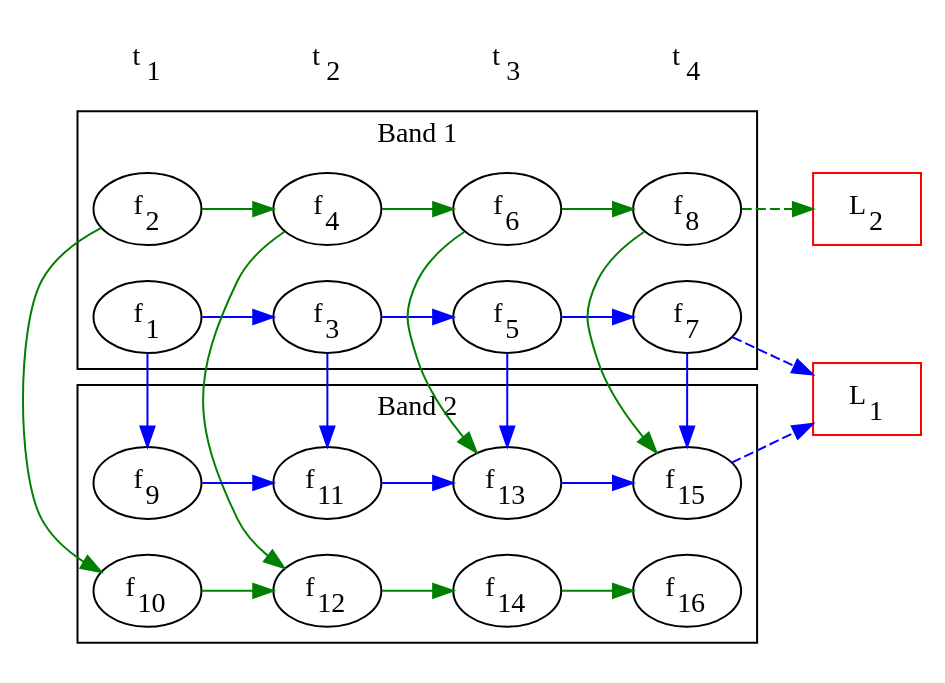
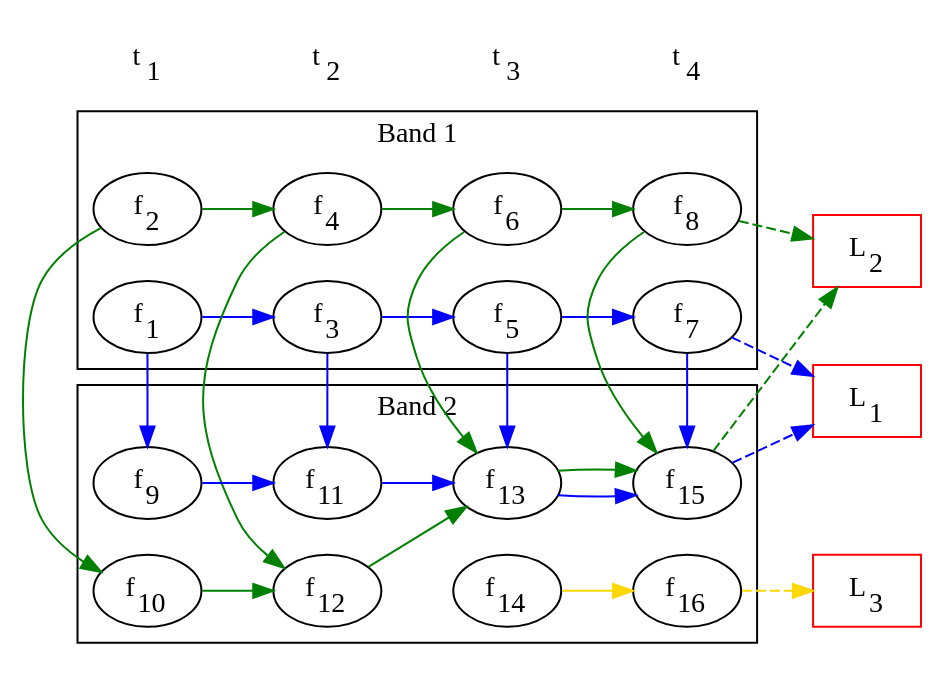
Before and after one commit to transientskp/tkp: the diagram in documentation/source/database/assoc/many2one.crossband.dot, drawn with Graphviz. The commit also changed 3 other files, not shown here.

```diff
--- a/documentation/source/database/assoc/many2one.crossband.dot
+++ b/documentation/source/database/assoc/many2one.crossband.dot
@@ -1,58 +1,63 @@
 digraph many2one {
     rankdir=LR;
     f1 [label=<f<SUB>1</SUB>>];
     f2 [label=<f<SUB>2</SUB>>];
     f3 [label=<f<SUB>3</SUB>>];
     f4 [label=<f<SUB>4</SUB>>];
     f5 [label=<f<SUB>5</SUB>>];
     f6 [label=<f<SUB>6</SUB>>];
     f7 [label=<f<SUB>7</SUB>>];
     f8 [label=<f<SUB>8</SUB>>];
     f9 [label=<f<SUB>9</SUB>>];
     f10 [label=<f<SUB>10</SUB>>];
     f11 [label=<f<SUB>11</SUB>>];
     f12 [label=<f<SUB>12</SUB>>];
     f13 [label=<f<SUB>13</SUB>>];
     f14 [label=<f<SUB>14</SUB>>];
     f15 [label=<f<SUB>15</SUB>>];
     f16 [label=<f<SUB>16</SUB>>];
 
     subgraph cluster0 {
         node [style=filled,color=white];
         f1 -> f3 -> f5 -> f7 [color=blue];
         f2 -> f4 -> f6 -> f8 [color=green];
         label = "Band 1";
     }
     subgraph cluster1 {
         rank = min;
         node [style=filled];
         f9 -> f11 -> f13 -> f15 [color=blue];
-        f10 -> f12 -> f14 -> f16 [color=green];
+        f10 -> f12 -> f13 -> f15 [color=green];
+        f12 -> f14 [style=invis];
+        f14 -> f16 [color=gold];
         label = "Band 2";
     }
     edge[color=blue, constraint=false];
     f1 -> f9;
     f3 -> f11;
     f5 -> f13;
     f7 -> f15;
     edge[color=green, constraint=false];
     f2 -> f10;
     f4 -> f12;
     f6 -> f13;
     f8 -> f15;
     edge[constraint=true];
 
     f7 -> l1 [style=dashed, color=blue];
     f15 -> l1 [style=dashed, color=blue];
     l1[label=<L<SUB>1</SUB>>, shape=box, color=red];
     f8 -> l2 [style=dashed, color=green];
+    f15 -> l2 [style=dashed, color=green];
     l2[label=<L<SUB>2</SUB>>, shape=box, color=red];
+    f16 -> l3 [style=dashed, color=gold]
+    l3[label=<L<SUB>3</SUB>>, shape=box, color=red];
 
     node[shape=none];
     edge[style=invis];
     t1 [label=<t<SUB>1</SUB>>];
     t2 [label=<t<SUB>2</SUB>>];
     t3 [label=<t<SUB>3</SUB>>];
     t4 [label=<t<SUB>4</SUB>>];
     t1 -> t2 -> t3 -> t4;
 }
```
